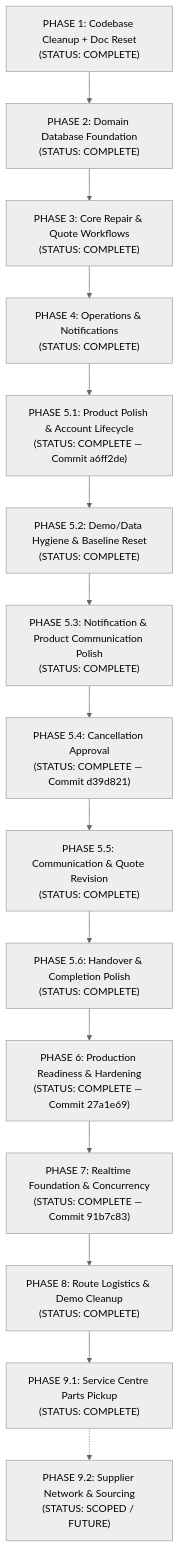
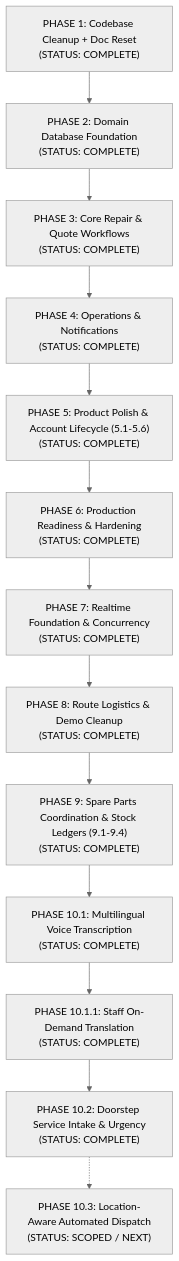
The diagram in IMPLEMENTATION_PLAN.md (ankitchamke/TerraByte), drawn with Mermaid (neutral theme) before and after one commit. The commit also changed other lines of this file and 20 other files, not shown here.

Commit message:
feat(terabyte): add multilingual voice, translation, and doorstep repair workflow

````diff
--- a/IMPLEMENTATION_PLAN.md
+++ b/IMPLEMENTATION_PLAN.md
@@ -15,17 +15,15 @@
 ```mermaid
 flowchart TD
     P1["PHASE 1: Codebase Cleanup + Doc Reset<br/>(STATUS: COMPLETE)"] --> P2["PHASE 2: Domain Database Foundation<br/>(STATUS: COMPLETE)"]
     P2 --> P3["PHASE 3: Core Repair & Quote Workflows<br/>(STATUS: COMPLETE)"]
     P3 --> P4["PHASE 4: Operations & Notifications<br/>(STATUS: COMPLETE)"]
-    P4 --> P51["PHASE 5.1: Product Polish & Account Lifecycle<br/>(STATUS: COMPLETE — Commit a6ff2de)"]
-    P51 --> P52["PHASE 5.2: Demo/Data Hygiene & Baseline Reset<br/>(STATUS: COMPLETE)"]
-    P52 --> P53["PHASE 5.3: Notification & Product Communication Polish<br/>(STATUS: COMPLETE)"]
-    P53 --> P54["PHASE 5.4: Cancellation Approval<br/>(STATUS: COMPLETE — Commit d39d821)"]
-    P54 --> P55["PHASE 5.5: Communication & Quote Revision<br/>(STATUS: COMPLETE)"]
-    P55 --> P56["PHASE 5.6: Handover & Completion Polish<br/>(STATUS: COMPLETE)"]
-    P56 --> P6["PHASE 6: Production Readiness & Hardening<br/>(STATUS: COMPLETE — Commit 27a1e69)"]
-    P6 --> P7["PHASE 7: Realtime Foundation & Concurrency<br/>(STATUS: COMPLETE — Commit 91b7c83)"]
+    P4 --> P5["PHASE 5: Product Polish & Account Lifecycle (5.1-5.6)<br/>(STATUS: COMPLETE)"]
+    P5 --> P6["PHASE 6: Production Readiness & Hardening<br/>(STATUS: COMPLETE)"]
+    P6 --> P7["PHASE 7: Realtime Foundation & Concurrency<br/>(STATUS: COMPLETE)"]
     P7 --> P8["PHASE 8: Route Logistics & Demo Cleanup<br/>(STATUS: COMPLETE)"]
-    P8 --> P91["PHASE 9.1: Service Centre Parts Pickup<br/>(STATUS: COMPLETE)"]
-    P91 -.-> P92["PHASE 9.2: Supplier Network & Sourcing<br/>(STATUS: SCOPED / FUTURE)"]
+    P8 --> P9["PHASE 9: Spare Parts Coordination & Stock Ledgers (9.1-9.4)<br/>(STATUS: COMPLETE)"]
+    P9 --> P101["PHASE 10.1: Multilingual Voice Transcription<br/>(STATUS: COMPLETE)"]
+    P101 --> P1011["PHASE 10.1.1: Staff On-Demand Translation<br/>(STATUS: COMPLETE)"]
+    P1011 --> P102["PHASE 10.2: Doorstep Service Intake & Urgency<br/>(STATUS: COMPLETE)"]
+    P102 -.-> P103["PHASE 10.3: Location-Aware Automated Dispatch<br/>(STATUS: SCOPED / NEXT)"]
 ```
````
